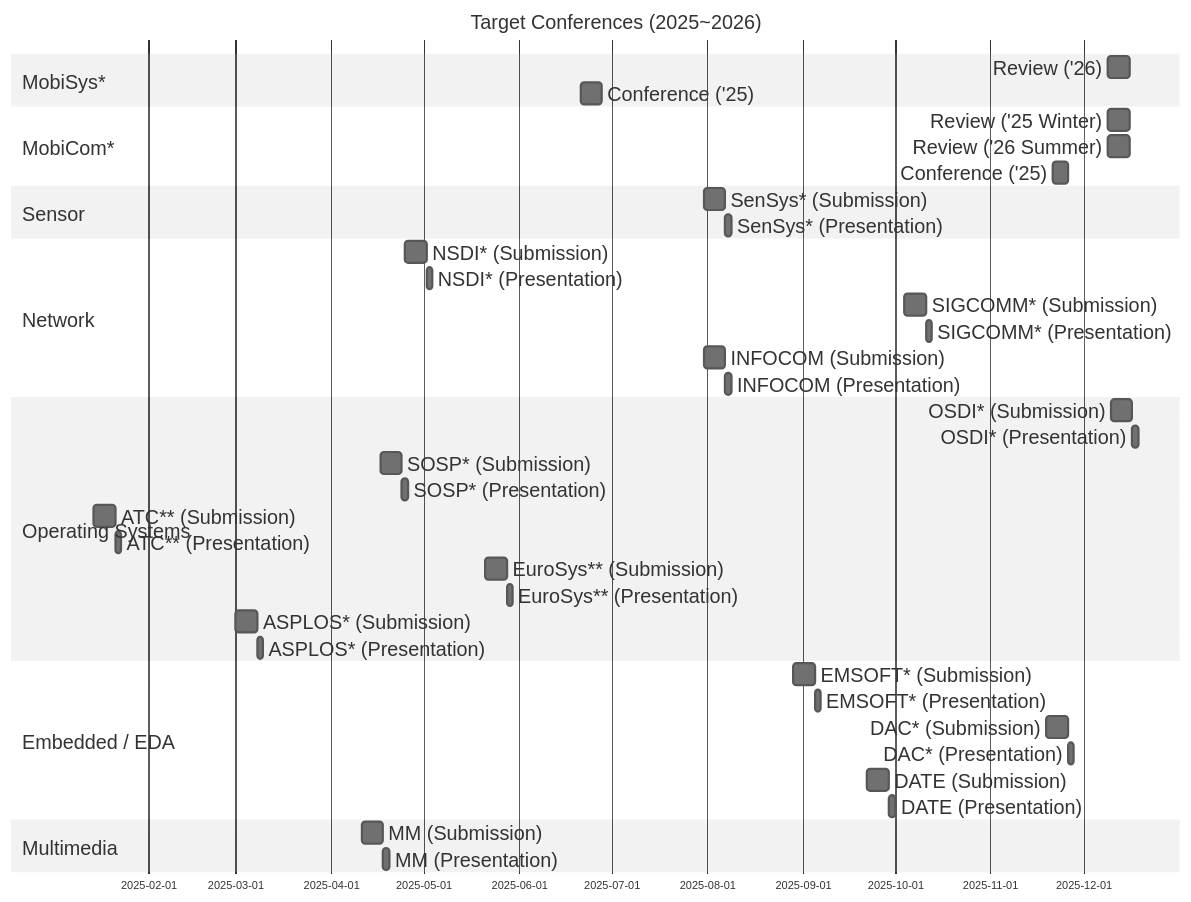
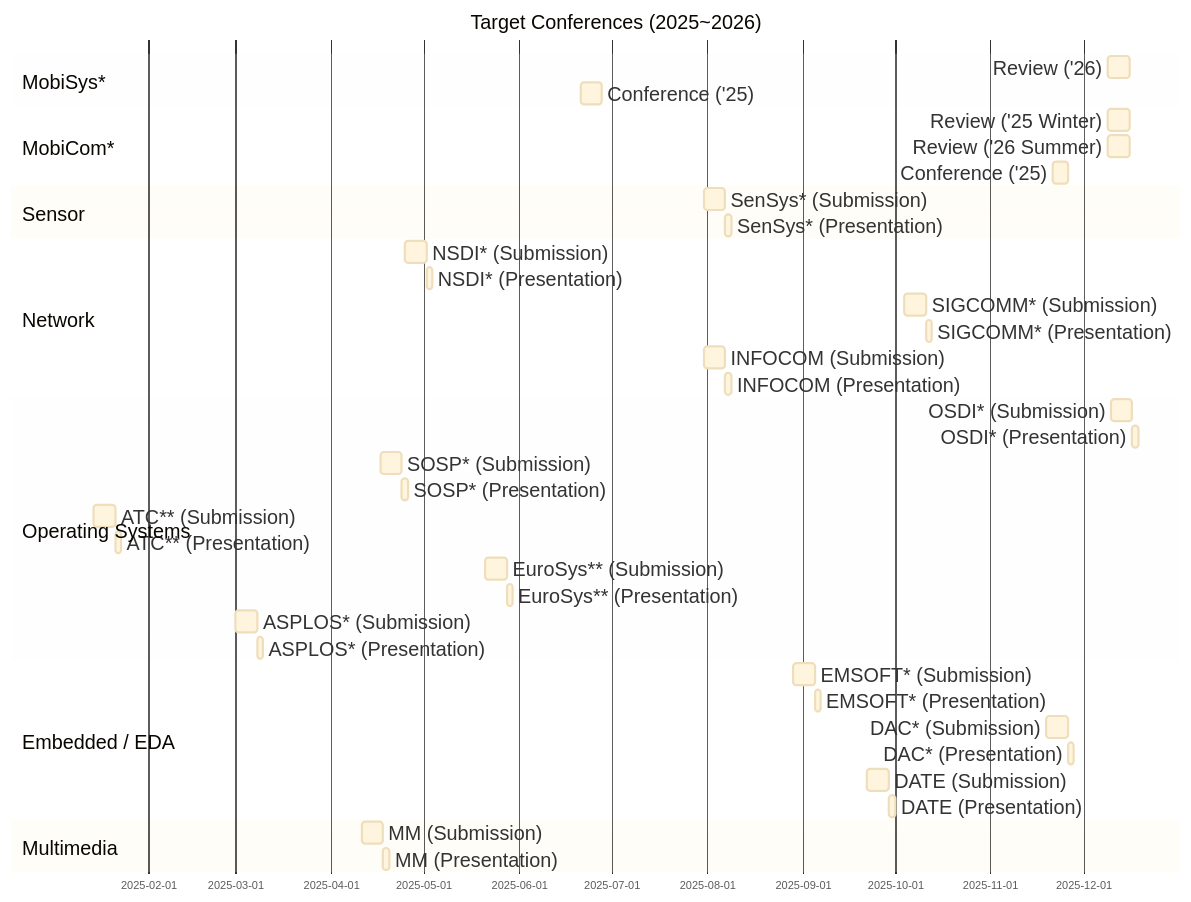
The diagram in README.md (iamseonghoon/Mobile-Systems-Conference-Timelines), drawn with Mermaid before and after one commit.

````diff
--- a/README.md
+++ b/README.md
@@ -5,79 +5,79 @@
 ```mermaid
-%%{init: {'theme': 'neutral',
+%%{init: {'theme': 'base',
 'themeVariables': {
       'fontSize': '18px',
       'fontFamily': 'sans-serif',
       'gridColor': '#eeeeee'},
 "gantt": {
       "fontSize": 18,
       "sectionFontSize": 18,
       "axisFontSize": 20 
   }}}%%
 gantt
     dateFormat  YYYY-MM-DD
     title Target Conferences (2025~2026)
 
     %% --------------------------
     %% Mobile
     %% --------------------------
     section MobiSys*
     Review ('26)        :mobisys-review,    2025-12-09, 7d
     Conference ('25)      :mobisys-conf,    2025-06-21, 7d
     
 
     section MobiCom*
     Review ('25 Winter)       :mobicom-review1,    2025-12-09, 7d
     Review ('26 Summer)       :mobicom-review2,    2025-12-09, 7d
     Conference ('25)          :mobicom-conf,    2025-11-21, 5d
 
     %% --------------------------
     %% Sensor
     %% --------------------------
     section Sensor
     SenSys* (Submission)        :sens-sub,  2025-07-31, 7d
     SenSys* (Presentation)      :sens-pres, after sens-sub, 2d
 
     %% --------------------------
     %% Network
     %% --------------------------
     section Network
     NSDI* (Submission)          :nsdi-sub,  2025-04-25, 7d
     NSDI* (Presentation)        :nsdi-pres, after nsdi-sub, 2d
     SIGCOMM* (Submission)       :sig-sub,   2025-10-04, 7d
     SIGCOMM* (Presentation)     :sig-pres,  after sig-sub, 2d
     INFOCOM (Submission)        :info-sub,  2025-07-31, 7d
     INFOCOM (Presentation)      :info-pres, after info-sub, 2d
 
     %% --------------------------
     %% Operating Systems
     %% --------------------------
     section Operating Systems
     OSDI* (Submission)          :osdi-sub,  2025-12-10, 7d
     OSDI* (Presentation)        :osdi-pres, after osdi-sub, 2d
     SOSP* (Submission)          :sosp-sub,  2025-04-17, 7d
     SOSP* (Presentation)        :sosp-pres, after sosp-sub, 2d
     ATC** (Submission)          :atc-sub,   2025-01-14, 7d
     ATC** (Presentation)        :atc-pres,  after atc-sub, 2d
     EuroSys** (Submission)      :euros-sub, 2025-05-21, 7d
     EuroSys** (Presentation)    :euros-pres,after euros-sub, 2d
     ASPLOS* (Submission)        :aspl-sub,  2025-03-01, 7d
     ASPLOS* (Presentation)      :aspl-pres, after aspl-sub, 2d
 
     %% --------------------------
     %% Embedded / EDA
     %% --------------------------
     section Embedded / EDA
     EMSOFT* (Submission)        :ems-sub,   2025-08-29, 7d
     EMSOFT* (Presentation)      :ems-pres,  after ems-sub, 2d
     DAC* (Submission)           :dac-sub,   2025-11-19, 7d
     DAC* (Presentation)         :dac-pres,  after dac-sub, 2d
     DATE (Submission)           :date-sub,  2025-09-22, 7d
     DATE (Presentation)         :date-pres, after date-sub, 2d
 
     %% --------------------------
     %% Multimedia
     %% --------------------------
     section Multimedia
     MM (Submission)             :mm-sub,    2025-04-11, 7d
     MM (Presentation)           :mm-pres,   after mm-sub, 2d
 ```
````
